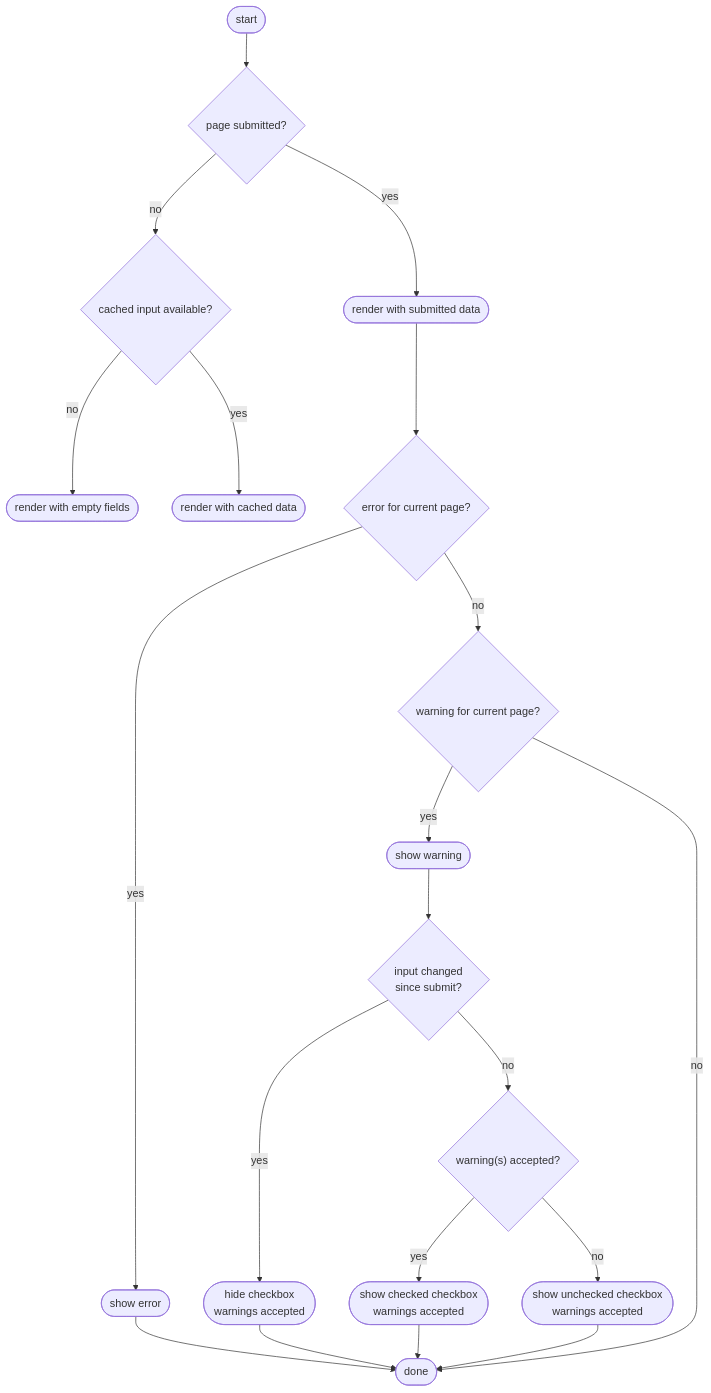
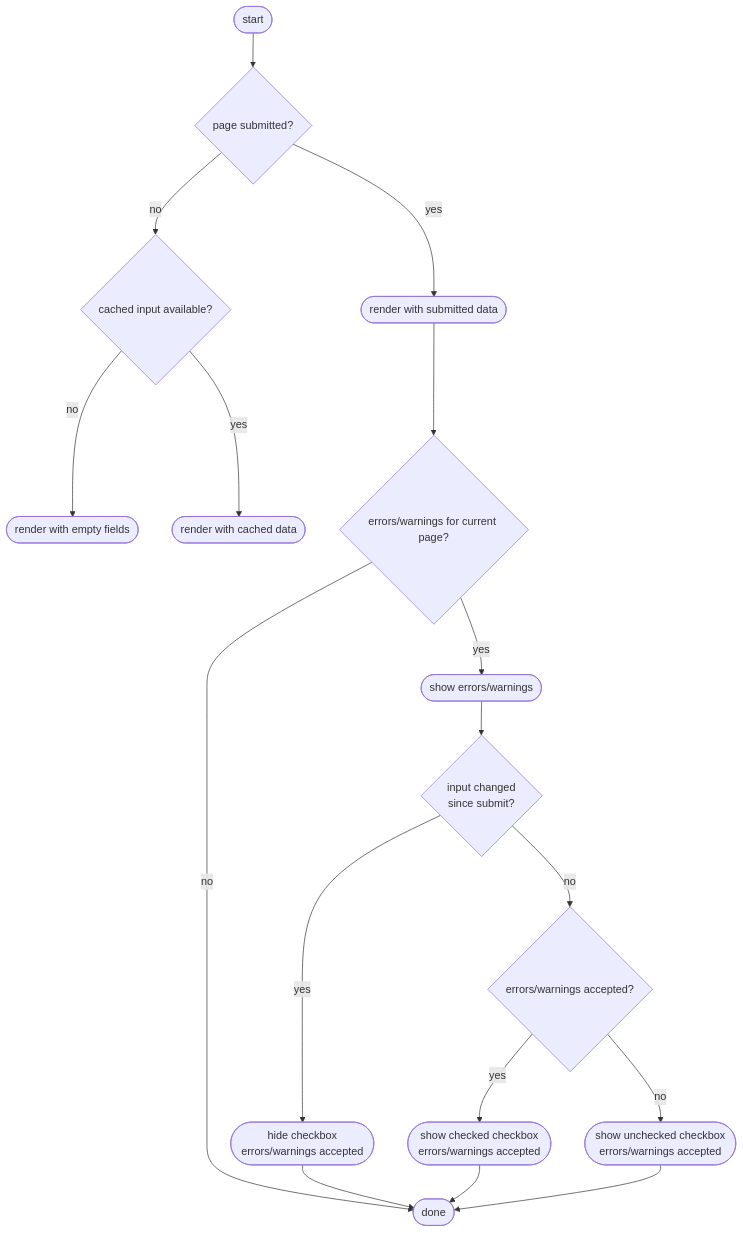
The second of 5 diagrams in documentatie/flowcharts/data-entry-forms.md (kiesraad/abacus), drawn with Mermaid before and after one commit. The commit also changed other lines of this file, not shown here.

Commit message:
Updated data entry flowcharts

````diff
--- a/documentatie/flowcharts/data-entry-forms.md
+++ b/documentatie/flowcharts/data-entry-forms.md
@@ -64,50 +60,44 @@
 ```mermaid
 flowchart TD
 
     %% elements
     flow-start([start])
     flow-done([done])
 
     render-empty-fields([render with empty fields])
     render-cached-data([render with cached data])
 
     render-submitted-data([render with submitted data])
 
-    show-error([show error])
-    hide-checkbox-accepted(["hide checkbox <br/> warnings accepted"])
-    show-warning([show warning])
-    show-checked-accepted(["show checked checkbox <br/> warnings accepted"])
-    show-unchecked-accepted(["show unchecked checkbox <br/> warnings accepted"])
+    hide-checkbox-accepted(["hide checkbox <br/> errors/warnings accepted"])
+    show-errors-warnings([show errors/warnings])
+    show-checked-accepted(["show checked checkbox <br/> errors/warnings accepted"])
+    show-unchecked-accepted(["show unchecked checkbox <br/> errors/warnings accepted"])
 
     page-submitted{page submitted?}
-    error-cur-page{error for current page?}
-    warning-cur-page{warning for current page?}
+    errors-warnings-cur-page{errors/warnings for current page?}
     cached-input-available{cached input available?}
     input-changed{"input changed <br/> since submit?"}
-    warning-accepted{"warning(s) accepted?"}
+    errors-warnings-accepted{"errors/warnings accepted?"}
 
     %% flow
     flow-start --> page-submitted
 
     page-submitted -- no --> cached-input-available
     cached-input-available -- yes --> render-cached-data
     cached-input-available -- no --> render-empty-fields
     page-submitted -- yes --> render-submitted-data
     
-    render-submitted-data --> error-cur-page
-
-    error-cur-page -- yes --> show-error
-    show-error --> flow-done
-    error-cur-page -- no --> warning-cur-page
-
-    warning-cur-page -- yes --> show-warning
-    show-warning --> input-changed
+    render-submitted-data --> errors-warnings-cur-page
+    errors-warnings-cur-page -- yes --> show-errors-warnings
+    errors-warnings-cur-page -- no --> flow-done
+    
+    show-errors-warnings --> input-changed
     input-changed -- yes --> hide-checkbox-accepted
     hide-checkbox-accepted --> flow-done
-    input-changed -- no --> warning-accepted
-    warning-accepted -- yes --> show-checked-accepted
-    warning-accepted -- no --> show-unchecked-accepted
+    input-changed -- no --> errors-warnings-accepted
+    errors-warnings-accepted -- yes --> show-checked-accepted
+    errors-warnings-accepted -- no --> show-unchecked-accepted
     show-checked-accepted --> flow-done
     show-unchecked-accepted --> flow-done
-    warning-cur-page -- no --> flow-done
 ```
````
